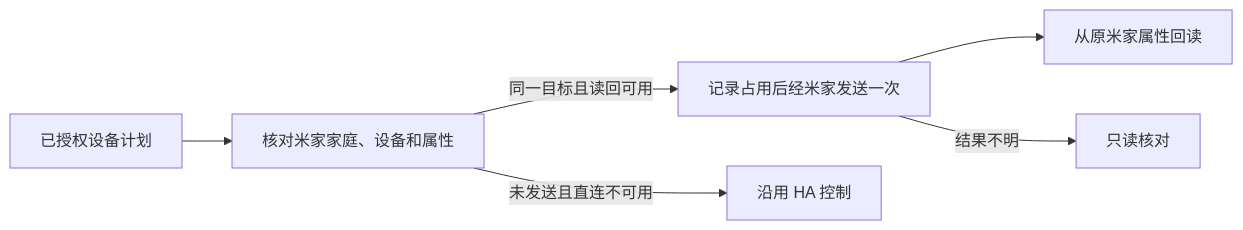
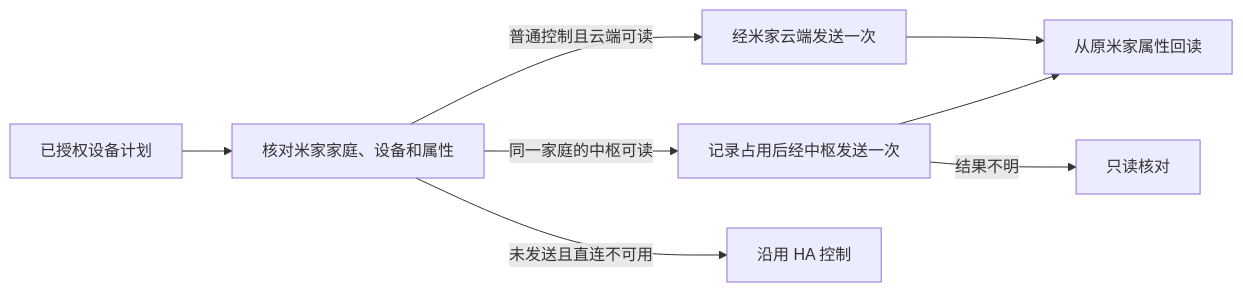
One commit to Geeprox/Friday changed the third of 38 diagrams in docs/architecture.md. Above: the diagram before and after it, drawn with Mermaid. The commit also changed other lines of this file and 17 other files, not shown here.

````diff
--- a/docs/architecture.md
+++ b/docs/architecture.md
@@ -67,8 +67,10 @@
 ```mermaid
 flowchart LR
   A[已授权设备计划] --> B[核对米家家庭、设备和属性]
-  B -->|同一目标且读回可用| C[记录占用后经米家发送一次]
+  B -->|同一家庭的中枢可读| C[记录占用后经中枢发送一次]
+  B -->|普通控制且云端可读| Q[经米家云端发送一次]
+  Q --> E
   B -->|未发送且直连不可用| D[沿用 HA 控制]
   C --> E[从原米家属性回读]
   C -->|结果不明| F[只读核对]
 ```
````
